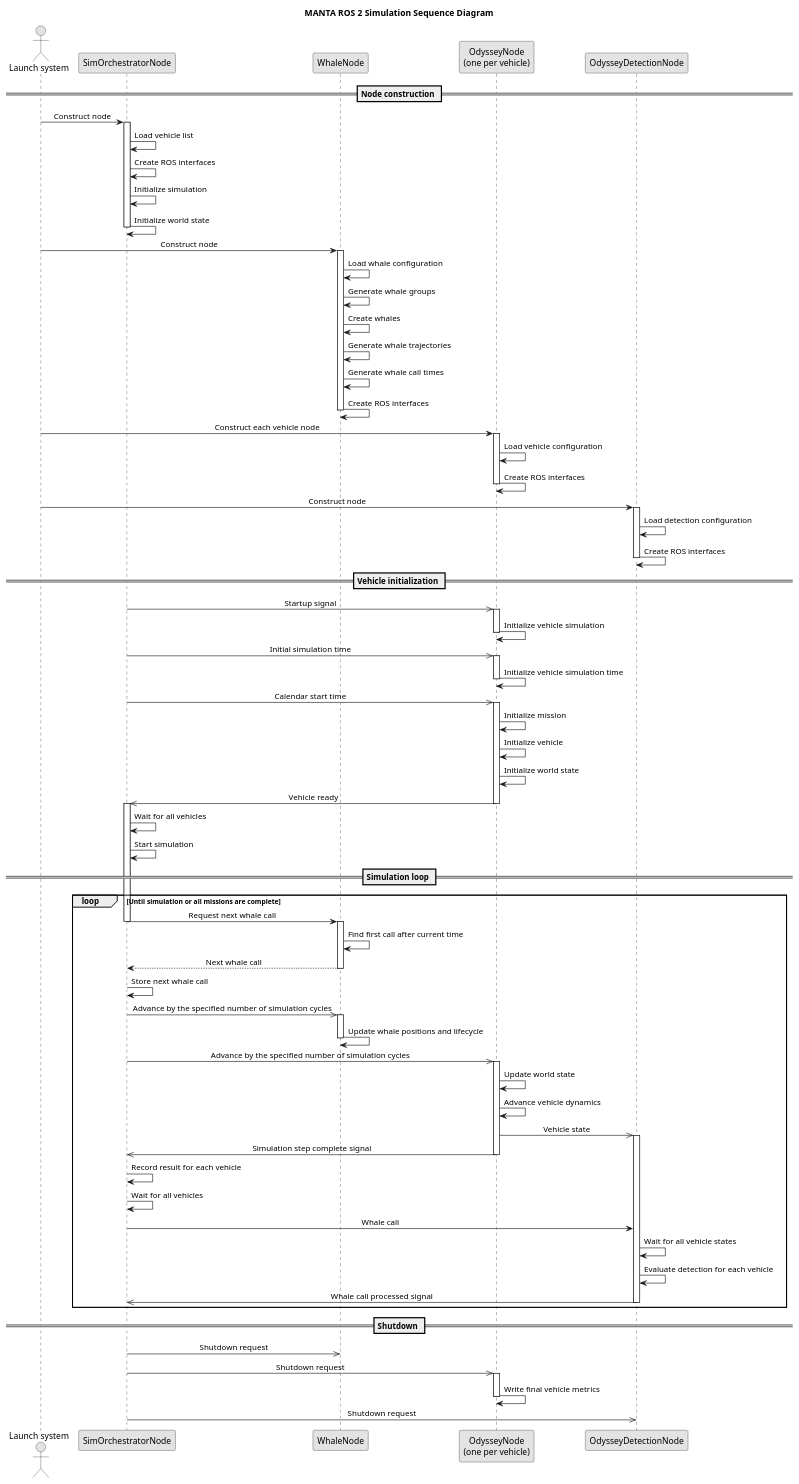
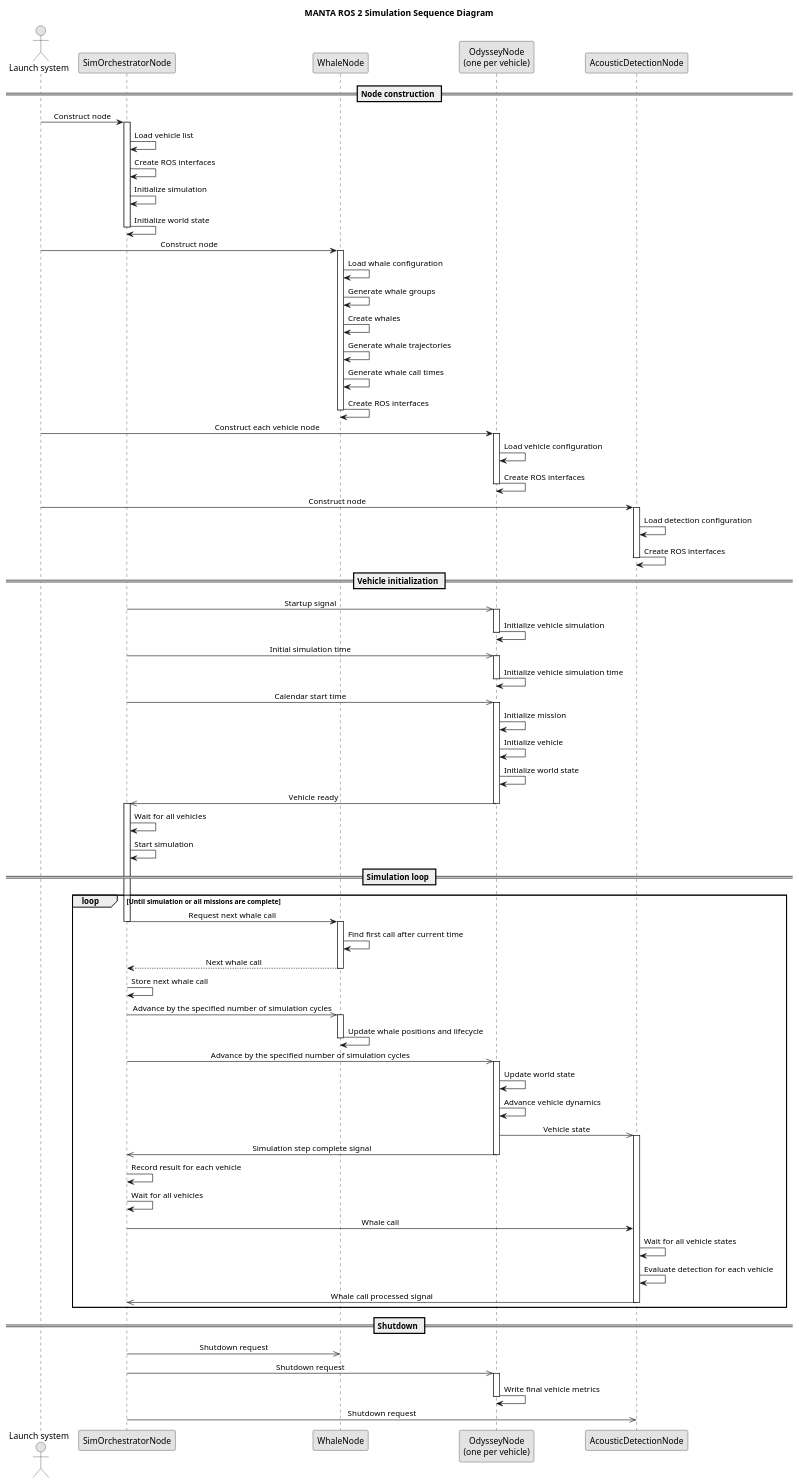
One commit to Tebcherani/MANTA changed the diagram in docs/manta_sim_sequence.puml. Above: the diagram before and after it, drawn with PlantUML. The commit also changed 16 other files, not shown here.

```diff
--- a/docs/manta_sim_sequence.puml
+++ b/docs/manta_sim_sequence.puml
@@ -1,121 +1,121 @@
 @startuml
 title MANTA ROS 2 Simulation Sequence Diagram
 
 skinparam monochrome true
 skinparam shadowing false
 skinparam sequenceMessageAlign center
 skinparam responseMessageBelowArrow true
 
 actor "Launch system" as Launcher
 participant "SimOrchestratorNode" as Orchestrator
 participant "WhaleNode" as Whale
 participant "OdysseyNode\n(one per vehicle)" as Odyssey
-participant "OdysseyDetectionNode" as Detection
+participant "AcousticDetectionNode" as Detection
 
 == Node construction ==
 
 Launcher -> Orchestrator : Construct node
 activate Orchestrator
 Orchestrator -> Orchestrator : Load vehicle list
 Orchestrator -> Orchestrator : Create ROS interfaces
 Orchestrator -> Orchestrator : Initialize simulation
 Orchestrator -> Orchestrator : Initialize world state
 deactivate Orchestrator
 
 Launcher -> Whale : Construct node
 activate Whale
 Whale -> Whale : Load whale configuration
 Whale -> Whale : Generate whale groups
 Whale -> Whale : Create whales
 Whale -> Whale : Generate whale trajectories
 Whale -> Whale : Generate whale call times
 Whale -> Whale : Create ROS interfaces
 deactivate Whale
 
 Launcher -> Odyssey : Construct each vehicle node
 activate Odyssey
 Odyssey -> Odyssey : Load vehicle configuration
 Odyssey -> Odyssey : Create ROS interfaces
 deactivate Odyssey
 
 Launcher -> Detection : Construct node
 activate Detection
 Detection -> Detection : Load detection configuration
 Detection -> Detection : Create ROS interfaces
 deactivate Detection
 
 == Vehicle initialization ==
 
 Orchestrator ->> Odyssey : Startup signal
 activate Odyssey
 Odyssey -> Odyssey : Initialize vehicle simulation
 deactivate Odyssey
 
 Orchestrator ->> Odyssey : Initial simulation time
 activate Odyssey
 Odyssey -> Odyssey : Initialize vehicle simulation time
 deactivate Odyssey
 
 Orchestrator ->> Odyssey : Calendar start time
 activate Odyssey
 Odyssey -> Odyssey : Initialize mission
 Odyssey -> Odyssey : Initialize vehicle
 Odyssey -> Odyssey : Initialize world state
 Odyssey ->> Orchestrator : Vehicle ready
 deactivate Odyssey
 
 activate Orchestrator
 Orchestrator -> Orchestrator : Wait for all vehicles
 Orchestrator -> Orchestrator : Start simulation
 
 == Simulation loop ==
 
     loop Until simulation or all missions are complete
 
     Orchestrator -> Whale : Request next whale call
     deactivate Orchestrator
 
     activate Whale
     Whale -> Whale : Find first call after current time
     Whale --> Orchestrator : Next whale call
     deactivate Whale
 
     Orchestrator -> Orchestrator : Store next whale call
 
     Orchestrator ->> Whale : Advance by the specified number of simulation cycles
     activate Whale
     Whale -> Whale : Update whale positions and lifecycle
     deactivate Whale
 
     Orchestrator ->> Odyssey : Advance by the specified number of simulation cycles
     activate Odyssey
     Odyssey -> Odyssey : Update world state
     Odyssey -> Odyssey : Advance vehicle dynamics
 
     Odyssey ->> Detection : Vehicle state
     activate Detection
 
     Odyssey ->> Orchestrator : Simulation step complete signal
     deactivate Odyssey
 
     Orchestrator -> Orchestrator : Record result for each vehicle
     Orchestrator -> Orchestrator : Wait for all vehicles
 
     Orchestrator -> Detection : Whale call
     Detection -> Detection : Wait for all vehicle states
     Detection -> Detection : Evaluate detection for each vehicle
     Detection ->> Orchestrator : Whale call processed signal
     deactivate Detection
 end
 
 == Shutdown ==
 
 Orchestrator ->> Whale : Shutdown request
 Orchestrator ->> Odyssey : Shutdown request
 activate Odyssey
 Odyssey -> Odyssey : Write final vehicle metrics
 deactivate Odyssey
 
 Orchestrator ->> Detection : Shutdown request
 
 @enduml
```
